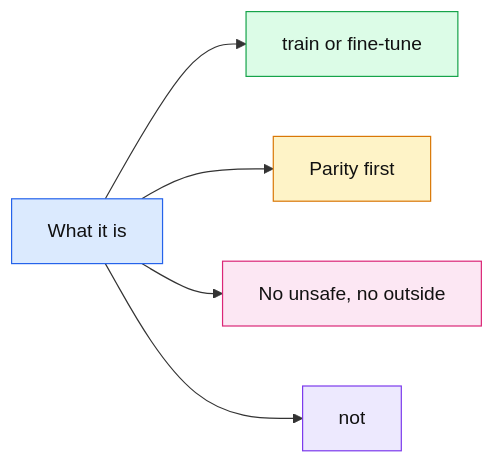
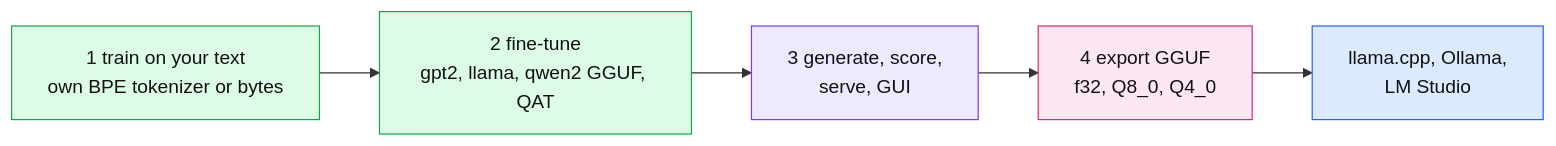
One commit to thomascherickal/ferrum-gpu changed the first of 21 diagrams in readme.md. Above: the diagram before and after it, drawn with Mermaid. The commit also changed other lines of this file and 4 other files, not shown here.

First line of the commit message:
docs: hand-drawn data-flow diagrams for the readme, architecture and GUI pages

````diff
--- a/readme.md
+++ b/readme.md
@@ -23,13 +23,12 @@
 ```mermaid
 flowchart LR
-    a["What it is"]:::root
-    a --> n0["train or fine-tune"]:::c0
-    a --> n1["Parity first"]:::c1
-    a --> n2["No unsafe, no outside"]:::c2
-    a --> n3["not"]:::c3
-    classDef root fill:#dbeafe,stroke:#2563eb,color:#111
-    classDef c0 fill:#dcfce7,stroke:#16a34a,color:#111
-    classDef c1 fill:#fef3c7,stroke:#d97706,color:#111
-    classDef c2 fill:#fce7f3,stroke:#db2777,color:#111
-    classDef c3 fill:#ede9fe,stroke:#7c3aed,color:#111
+    t["1 train on your text<br/>own BPE tokenizer or bytes"]:::gpu --> f["2 fine-tune<br/>gpt2, llama, qwen2 GGUF, QAT"]:::gpu
+    f --> u["3 generate, score,<br/>serve, GUI"]:::host
+    u --> e["4 export GGUF<br/>f32, Q8_0, Q4_0"]:::io
+    e --> o["llama.cpp, Ollama,<br/>LM Studio"]:::core
+    classDef core fill:#dbeafe,stroke:#2563eb,color:#111
+    classDef gpu fill:#dcfce7,stroke:#16a34a,color:#111
+    classDef cpu fill:#fef3c7,stroke:#d97706,color:#111
+    classDef io fill:#fce7f3,stroke:#db2777,color:#111
+    classDef host fill:#ede9fe,stroke:#7c3aed,color:#111
 ```
````
